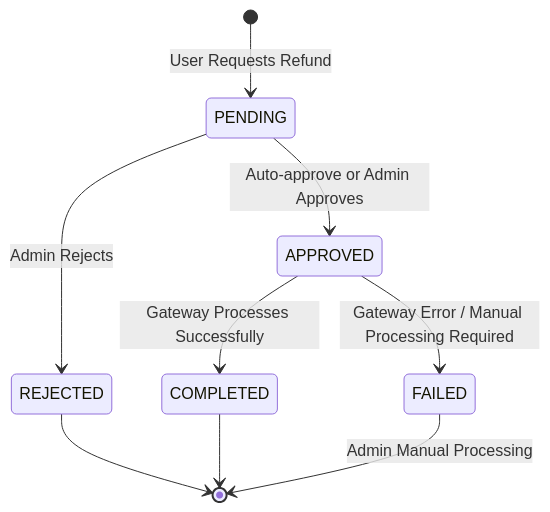
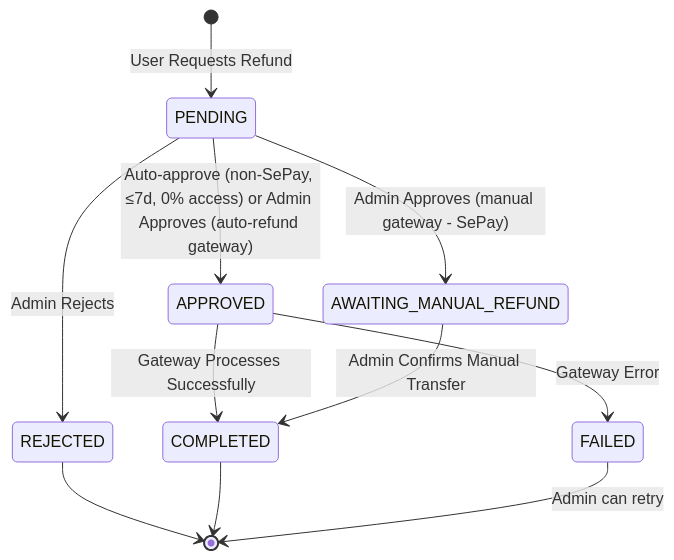
One commit to HuuLocFIT/EduMind changed diagram 11 of 11 in docs/workflows/refund_workflows.md. Above: the diagram before and after it, drawn with Mermaid. The commit also changed other lines of this file and 1 other file, not shown here.

First line of the commit message:
feat: update payout and refund workflows documentation

````diff
--- a/docs/workflows/refund_workflows.md
+++ b/docs/workflows/refund_workflows.md
@@ -341,11 +409,13 @@
 ```mermaid
 stateDiagram-v2
     [*] --> PENDING: User Requests Refund
-    PENDING --> APPROVED: Auto-approve or Admin Approves
+    PENDING --> APPROVED: Auto-approve (non-SePay, ≤7d, 0% access) or Admin Approves (auto-refund gateway)
+    PENDING --> AWAITING_MANUAL_REFUND: Admin Approves (manual gateway - SePay)
     PENDING --> REJECTED: Admin Rejects
     APPROVED --> COMPLETED: Gateway Processes Successfully
-    APPROVED --> FAILED: Gateway Error / Manual Processing Required
+    APPROVED --> FAILED: Gateway Error
+    AWAITING_MANUAL_REFUND --> COMPLETED: Admin Confirms Manual Transfer
     REJECTED --> [*]
     COMPLETED --> [*]
-    FAILED --> [*]: Admin Manual Processing
+    FAILED --> [*]: Admin can retry
 ```
````
